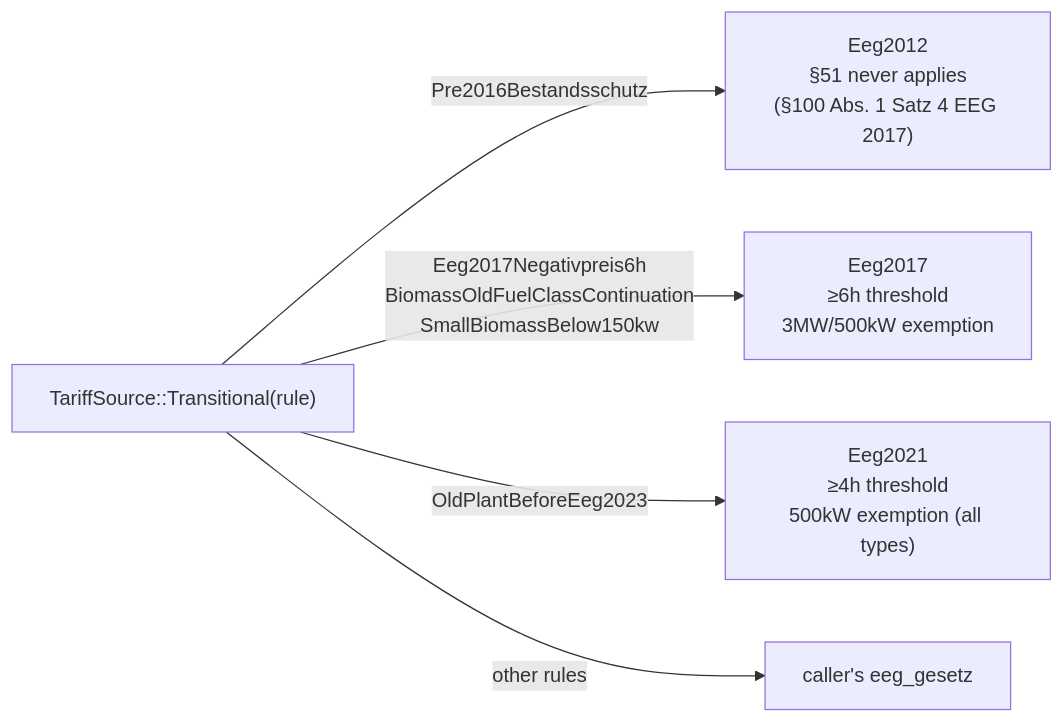
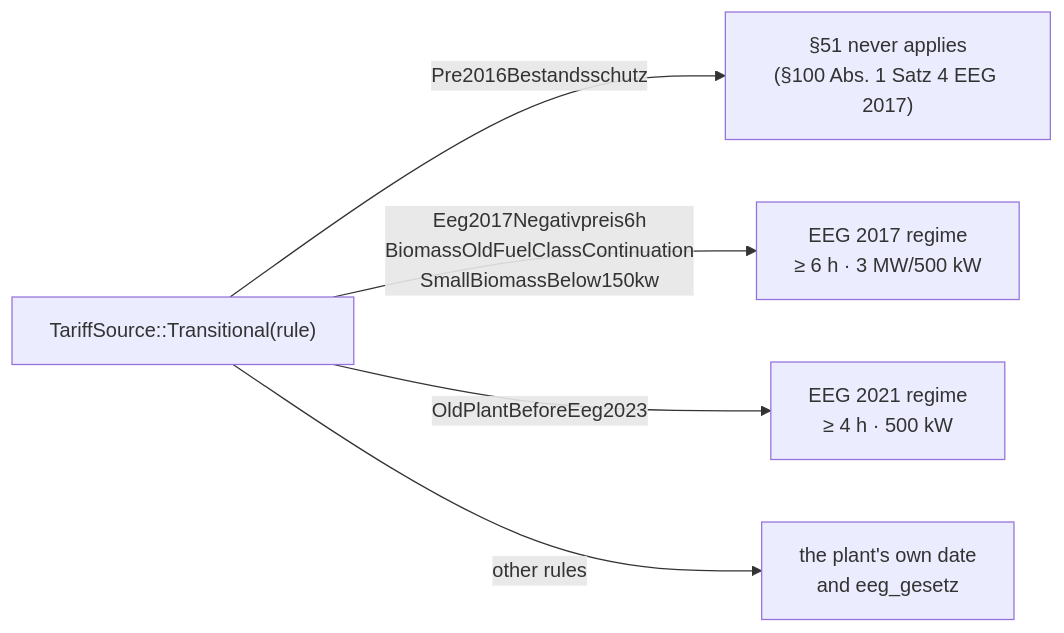
One commit to hupe1980/mako changed the second of 8 diagrams in site/content/docs/services/einsd.md. Above: the diagram before and after it, drawn with Mermaid. The commit also changed other lines of this file and 42 other files, not shown here.

````diff
--- a/site/content/docs/services/einsd.md
+++ b/site/content/docs/services/einsd.md
@@ -118,8 +120,8 @@
 ```mermaid
 graph LR
     TR["TariffSource::Transitional(rule)"]
-    TR -->|"Pre2016Bestandsschutz"| E12["Eeg2012<br/>§51 never applies<br/>(§100 Abs. 1 Satz 4 EEG 2017)"]
-    TR -->|"Eeg2017Negativpreis6h<br/>BiomassOldFuelClassContinuation<br/>SmallBiomassBelow150kw"| E17["Eeg2017<br/>≥6h threshold<br/>3MW/500kW exemption"]
-    TR -->|"OldPlantBeforeEeg2023"| E21["Eeg2021<br/>≥4h threshold<br/>500kW exemption (all types)"]
-    TR -->|"other rules"| EC["caller's eeg_gesetz"]
+    TR -->|"Pre2016Bestandsschutz"| E12["§51 never applies<br/>(§100 Abs. 1 Satz 4 EEG 2017)"]
+    TR -->|"Eeg2017Negativpreis6h<br/>BiomassOldFuelClassContinuation<br/>SmallBiomassBelow150kw"| E17["EEG 2017 regime<br/>≥ 6 h · 3 MW/500 kW"]
+    TR -->|"OldPlantBeforeEeg2023"| E21["EEG 2021 regime<br/>≥ 4 h · 500 kW"]
+    TR -->|"other rules"| EC["the plant's own date<br/>and eeg_gesetz"]
 ```
````
